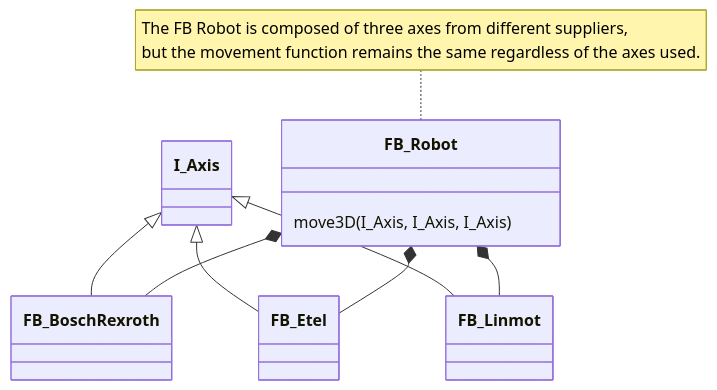
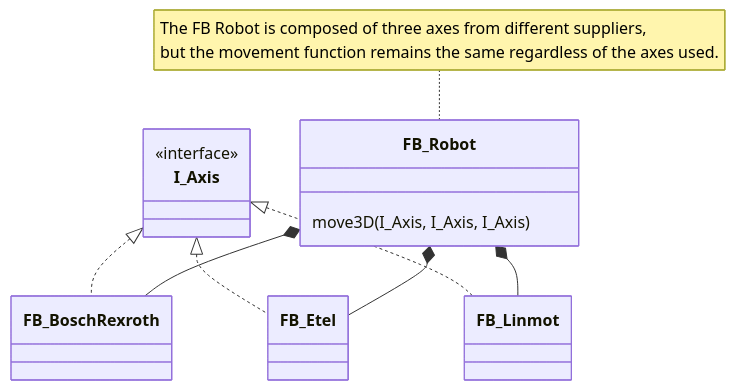
One commit to hei-synd-aaut/aaut-docs changed the first of 8 diagrams in AAut_MOD_01_IEC_61131_OOP_Introduction/README Reference.md. Above: the diagram before and after it, drawn with Mermaid. The commit also changed 6 other files, not shown here.

````diff
--- a/AAut_MOD_01_IEC_61131_OOP_Introduction/README Reference.md
+++ b/AAut_MOD_01_IEC_61131_OOP_Introduction/README Reference.md
@@ -160,27 +160,28 @@
 ```mermaid
 classDiagram
   class FB_Robot{
 	  move3D(I_Axis, I_Axis, I_Axis)
   }
 
   class I_Axis
+  <<interface>> I_Axis  
 
   class FB_BoschRexroth
 
   class FB_Etel
 
   class FB_Linmot
 
-  I_Axis <|-- FB_BoschRexroth
-  I_Axis <|-- FB_Etel
-  I_Axis <|-- FB_Linmot
+  I_Axis <|.. FB_BoschRexroth
+  I_Axis <|.. FB_Etel
+  I_Axis <|.. FB_Linmot
 
   FB_Robot *-- FB_BoschRexroth
   FB_Robot *-- FB_Etel
   FB_Robot *-- FB_Linmot
 
   note for FB_Robot "The FB Robot is composed of three axes from different suppliers,
 
 but the movement function remains the same regardless of the axes used."
 
 ```
````
